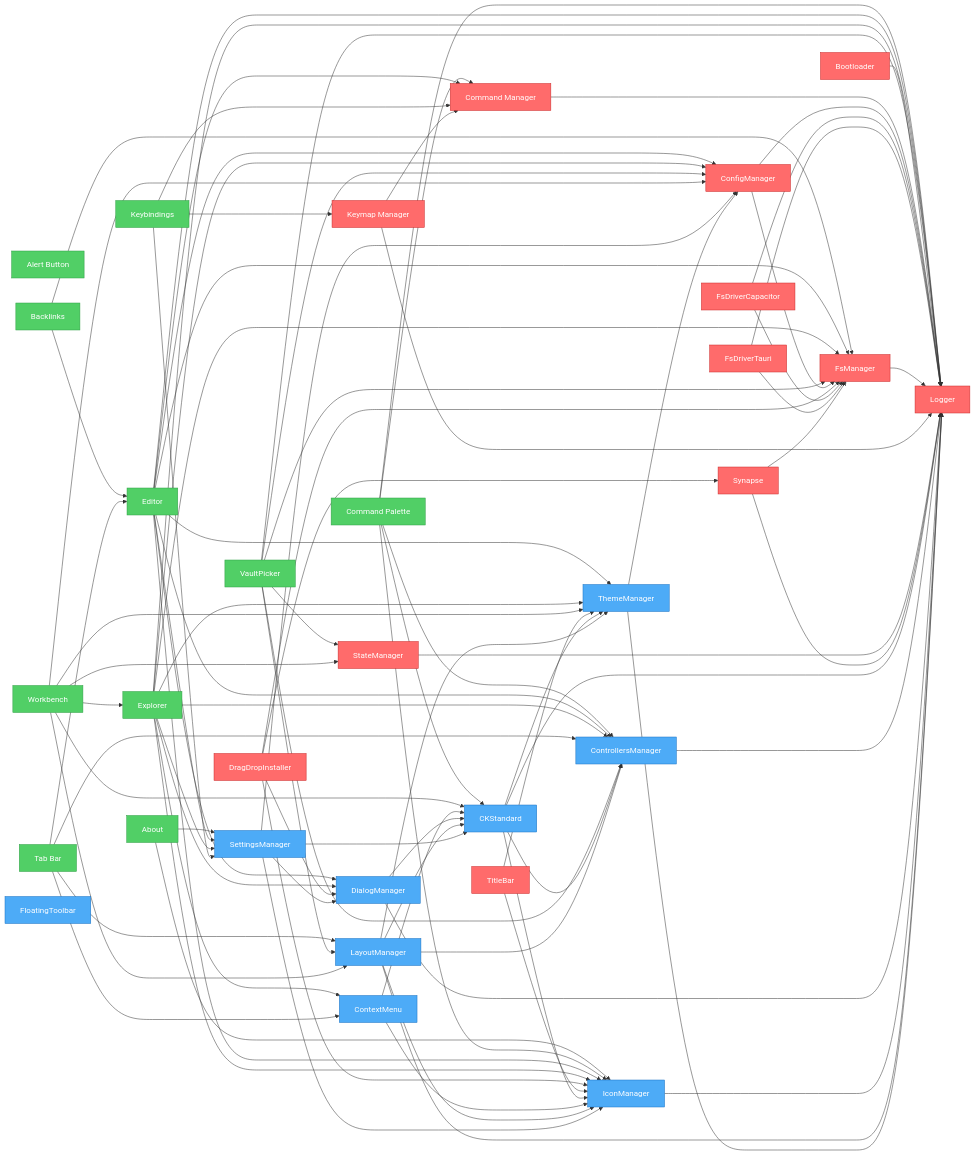
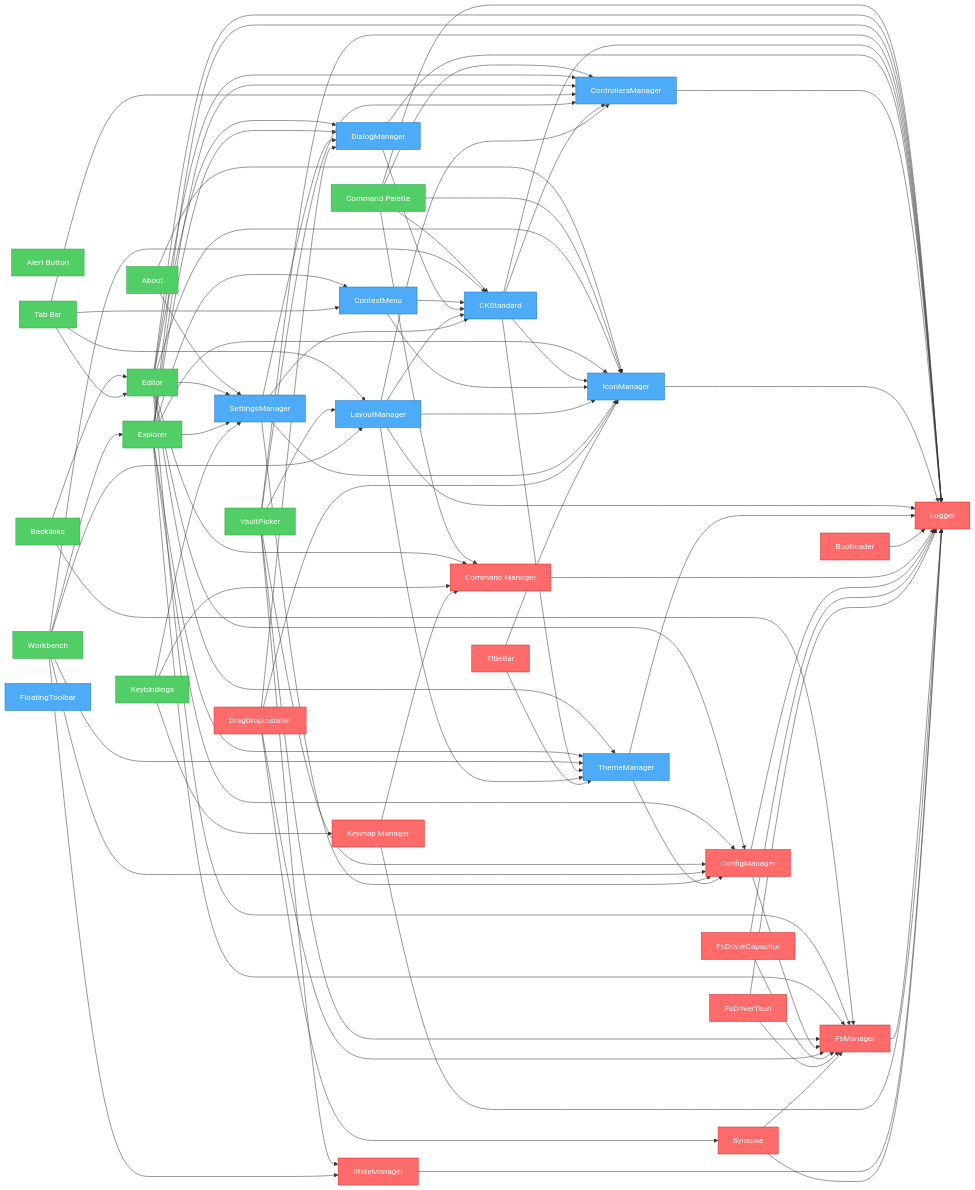
Before and after one commit to khton-tech/notehub.md: the diagram in artifacts/graph.mmd, drawn with Mermaid. The commit also changed 52 other files, not shown here.

Commit message:
feat: Introduce plugin architecture, add `ext.vault-lock` plugin, and implement core system and UI plugins for cross-platform support.

```diff
--- a/artifacts/graph.mmd
+++ b/artifacts/graph.mmd
@@ -1,128 +1,128 @@
 flowchart LR
     nh_features_about["About"]
     nh_features_alert-button["Alert Button"]
     nh_features_command-palette["Command Palette"]
     nh_features_backlinks["Backlinks"]
     nh_features_editor["Editor"]
     nh_features_explorer["Explorer"]
     nh_features_keybindings["Keybindings"]
     nh_features_tabbar["Tab Bar"]
     nh_features_vault-picker["VaultPicker"]
     nh_features_workbench["Workbench"]
+    nh_ui_ck-standard["CKStandard"]
+    nh_ui_context-menu["ContextMenu"]
+    nh_ui_dialog-manager["DialogManager"]
+    nh_ui_controllers-manager["ControllersManager"]
+    nh_ui_floating-toolbar["FloatingToolbar"]
+    nh_ui_icon-manager["IconManager"]
+    nh_ui_layout-manager["LayoutManager"]
+    nh_ui_settings-manager["SettingsManager"]
+    nh_ui_theme-manager["ThemeManager"]
     nh_system_bootloader["Bootloader"]
     nh_system_command-manager["Command Manager"]
     nh_system_config-manager["ConfigManager"]
     nh_system_drag-drop["DragDropInstaller"]
     nh_system_fs-driver-capacitor["FsDriverCapacitor"]
     nh_system_fs-driver-tauri["FsDriverTauri"]
     nh_system_fs-manager["FsManager"]
     nh_system_keymap["Keymap Manager"]
     nh_system_logger["Logger"]
     nh_system_state-manager["StateManager"]
     nh_system_synapse["Synapse"]
     nh_system_titlebar["TitleBar"]
-    nh_ui_ck-standard["CKStandard"]
-    nh_ui_context-menu["ContextMenu"]
-    nh_ui_controllers-manager["ControllersManager"]
-    nh_ui_dialog-manager["DialogManager"]
-    nh_ui_floating-toolbar["FloatingToolbar"]
-    nh_ui_icon-manager["IconManager"]
-    nh_ui_layout-manager["LayoutManager"]
-    nh_ui_settings-manager["SettingsManager"]
-    nh_ui_theme-manager["ThemeManager"]
     nh_features_about --> nh_ui_settings-manager
     nh_features_about --> nh_ui_icon-manager
     nh_features_command-palette --> nh_system_command-manager
     nh_features_command-palette --> nh_system_logger
     nh_features_command-palette --> nh_ui_controllers-manager
     nh_features_command-palette --> nh_ui_ck-standard
     nh_features_command-palette --> nh_ui_icon-manager
     nh_features_backlinks --> nh_features_editor
     nh_features_backlinks --> nh_system_fs-manager
     nh_features_editor --> nh_system_config-manager
     nh_features_editor --> nh_system_command-manager
     nh_features_editor --> nh_ui_settings-manager
     nh_features_editor --> nh_system_fs-manager
     nh_features_editor --> nh_system_logger
     nh_features_editor --> nh_ui_controllers-manager
     nh_features_editor --> nh_ui_dialog-manager
     nh_features_editor --> nh_ui_icon-manager
     nh_features_editor --> nh_ui_theme-manager
     nh_features_explorer --> nh_system_config-manager
     nh_features_explorer --> nh_ui_settings-manager
     nh_features_explorer --> nh_system_fs-manager
     nh_features_explorer --> nh_system_logger
     nh_features_explorer --> nh_ui_controllers-manager
     nh_features_explorer --> nh_ui_icon-manager
     nh_features_explorer --> nh_ui_theme-manager
     nh_features_explorer --> nh_ui_context-menu
     nh_features_explorer --> nh_ui_dialog-manager
     nh_features_keybindings --> nh_ui_settings-manager
     nh_features_keybindings --> nh_system_command-manager
     nh_features_keybindings --> nh_system_keymap
     nh_features_tabbar --> nh_features_editor
     nh_features_tabbar --> nh_ui_controllers-manager
     nh_features_tabbar --> nh_ui_layout-manager
     nh_features_tabbar --> nh_ui_context-menu
     nh_features_vault-picker --> nh_system_fs-manager
     nh_features_vault-picker --> nh_system_config-manager
     nh_features_vault-picker --> nh_system_state-manager
     nh_features_vault-picker --> nh_system_logger
     nh_features_vault-picker --> nh_ui_controllers-manager
     nh_features_vault-picker --> nh_ui_layout-manager
     nh_features_workbench --> nh_system_config-manager
     nh_features_workbench --> nh_ui_layout-manager
     nh_features_workbench --> nh_ui_theme-manager
     nh_features_workbench --> nh_ui_ck-standard
     nh_features_workbench --> nh_system_state-manager
     nh_features_workbench --> nh_features_explorer
+    nh_ui_ck-standard --> nh_system_logger
+    nh_ui_ck-standard --> nh_ui_controllers-manager
+    nh_ui_ck-standard --> nh_ui_icon-manager
+    nh_ui_ck-standard --> nh_ui_theme-manager
+    nh_ui_context-menu --> nh_ui_icon-manager
+    nh_ui_context-menu --> nh_ui_ck-standard
+    nh_ui_dialog-manager --> nh_system_logger
+    nh_ui_dialog-manager --> nh_ui_ck-standard
+    nh_ui_controllers-manager --> nh_system_logger
+    nh_ui_icon-manager --> nh_system_logger
+    nh_ui_layout-manager --> nh_system_logger
+    nh_ui_layout-manager --> nh_ui_theme-manager
+    nh_ui_layout-manager --> nh_ui_icon-manager
+    nh_ui_layout-manager --> nh_ui_controllers-manager
+    nh_ui_layout-manager --> nh_ui_ck-standard
+    nh_ui_settings-manager --> nh_system_config-manager
+    nh_ui_settings-manager --> nh_ui_ck-standard
+    nh_ui_settings-manager --> nh_ui_icon-manager
+    nh_ui_settings-manager --> nh_ui_dialog-manager
+    nh_ui_theme-manager --> nh_system_logger
+    nh_ui_theme-manager --> nh_system_config-manager
     nh_system_bootloader --> nh_system_logger
     nh_system_command-manager --> nh_system_logger
     nh_system_config-manager --> nh_system_logger
     nh_system_config-manager --> nh_system_fs-manager
     nh_system_drag-drop --> nh_ui_icon-manager
     nh_system_drag-drop --> nh_ui_dialog-manager
     nh_system_drag-drop --> nh_system_fs-manager
     nh_system_drag-drop --> nh_system_synapse
     nh_system_fs-driver-capacitor --> nh_system_logger
     nh_system_fs-driver-capacitor --> nh_system_fs-manager
     nh_system_fs-driver-tauri --> nh_system_logger
     nh_system_fs-driver-tauri --> nh_system_fs-manager
     nh_system_fs-manager --> nh_system_logger
     nh_system_keymap --> nh_system_command-manager
     nh_system_keymap --> nh_system_logger
     nh_system_state-manager --> nh_system_logger
     nh_system_synapse --> nh_system_fs-manager
     nh_system_synapse --> nh_system_logger
     nh_system_titlebar --> nh_ui_icon-manager
     nh_system_titlebar --> nh_ui_theme-manager
-    nh_ui_ck-standard --> nh_system_logger
-    nh_ui_ck-standard --> nh_ui_controllers-manager
-    nh_ui_ck-standard --> nh_ui_icon-manager
-    nh_ui_ck-standard --> nh_ui_theme-manager
-    nh_ui_context-menu --> nh_ui_icon-manager
-    nh_ui_context-menu --> nh_ui_ck-standard
-    nh_ui_controllers-manager --> nh_system_logger
-    nh_ui_dialog-manager --> nh_system_logger
-    nh_ui_dialog-manager --> nh_ui_ck-standard
-    nh_ui_icon-manager --> nh_system_logger
-    nh_ui_layout-manager --> nh_system_logger
-    nh_ui_layout-manager --> nh_ui_theme-manager
-    nh_ui_layout-manager --> nh_ui_icon-manager
-    nh_ui_layout-manager --> nh_ui_controllers-manager
-    nh_ui_layout-manager --> nh_ui_ck-standard
-    nh_ui_settings-manager --> nh_system_config-manager
-    nh_ui_settings-manager --> nh_ui_ck-standard
-    nh_ui_settings-manager --> nh_ui_icon-manager
-    nh_ui_settings-manager --> nh_ui_dialog-manager
-    nh_ui_theme-manager --> nh_system_logger
-    nh_ui_theme-manager --> nh_system_config-manager
 
     %% Styles
     classDef system fill:#ff6b6b,stroke:#c92a2a,color:#fff
     classDef ui fill:#4dabf7,stroke:#1971c2,color:#fff
     classDef feature fill:#51cf66,stroke:#2f9e44,color:#fff
     class nh_features_about,nh_features_alert-button,nh_features_backlinks,nh_features_keybindings,nh_features_vault-picker feature
     class nh_features_command-palette,nh_features_editor,nh_features_explorer,nh_features_tabbar,nh_features_workbench feature
+    class nh_ui_ck-standard,nh_ui_context-menu,nh_ui_dialog-manager,nh_ui_controllers-manager,nh_ui_floating-toolbar,nh_ui_icon-manager,nh_ui_layout-manager,nh_ui_settings-manager,nh_ui_theme-manager ui
     class nh_system_bootloader,nh_system_command-manager,nh_system_config-manager,nh_system_drag-drop,nh_system_fs-driver-capacitor,nh_system_fs-driver-tauri,nh_system_fs-manager,nh_system_keymap,nh_system_logger,nh_system_state-manager,nh_system_synapse,nh_system_titlebar system
-    class nh_ui_ck-standard,nh_ui_context-menu,nh_ui_controllers-manager,nh_ui_dialog-manager,nh_ui_floating-toolbar,nh_ui_icon-manager,nh_ui_layout-manager,nh_ui_settings-manager,nh_ui_theme-manager ui
```
